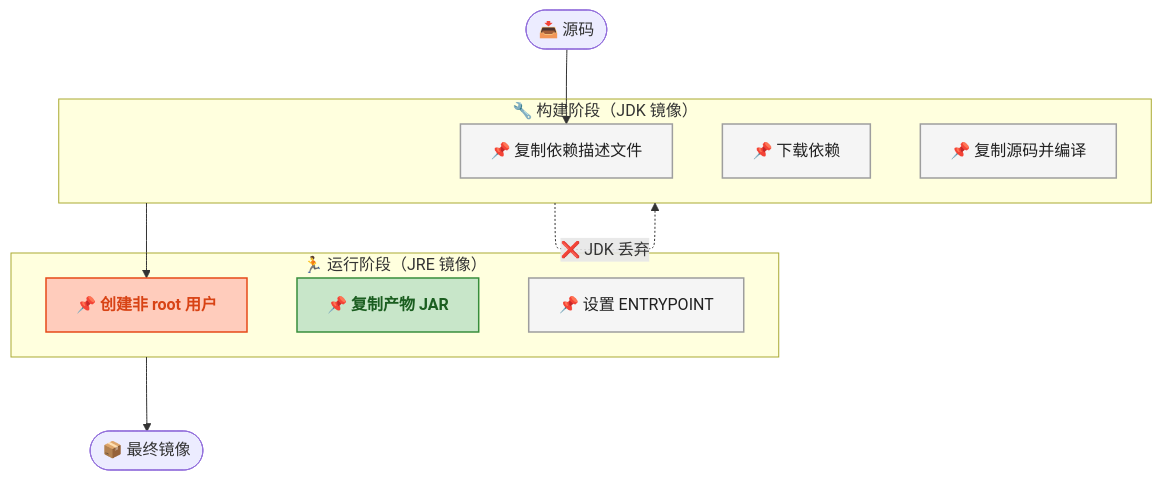
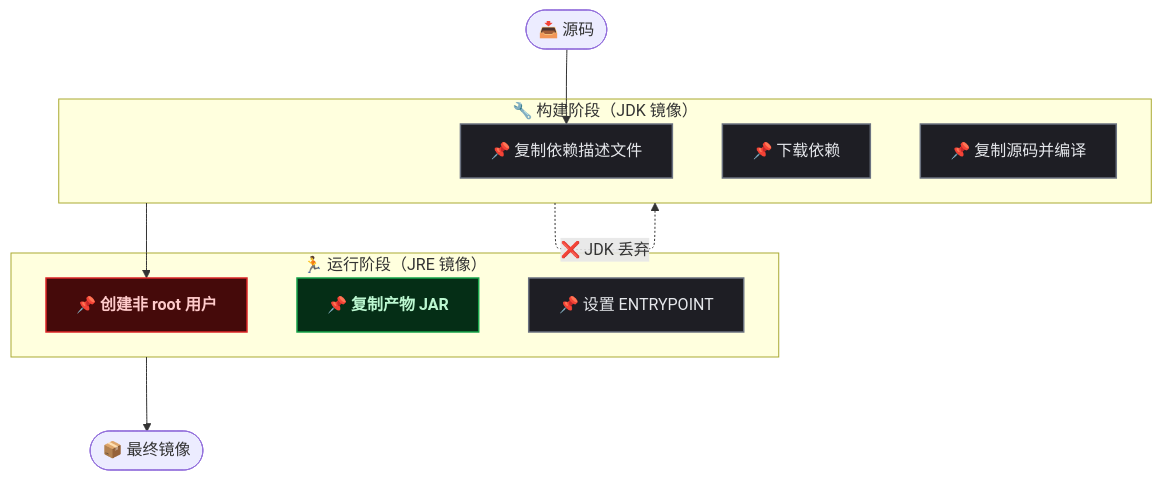
The second of 4 diagrams in content/posts/cicd/DevPlatformMicroserviceCollaboration.md (yaocat55/yaocat55.github.io), drawn with Mermaid before and after one commit. The commit also changed other lines of this file and 155 other files, not shown here.

````diff
--- a/content/posts/cicd/DevPlatformMicroserviceCollaboration.md
+++ b/content/posts/cicd/DevPlatformMicroserviceCollaboration.md
@@ -246,22 +246,22 @@
 ```mermaid
 flowchart TD
     S([📥 源码]) --> L1
     subgraph Builder["🔧 构建阶段（JDK 镜像）"]
         L1[📌 复制依赖描述文件]:::process
         L2[📌 下载依赖]:::process
         L3[📌 复制源码并编译]:::process
     end
     Builder --> L4
     subgraph Runtime["🏃 运行阶段（JRE 镜像）"]
         L4[📌 创建非 root 用户]:::highlight
         L5[📌 复制产物 JAR]:::data
         L6[📌 设置 ENTRYPOINT]:::process
     end
     Runtime --> E([📦 最终镜像])
     Builder -.->|❌ JDK 丢弃| Builder
 
-    classDef startEnd fill:#F48FB1,stroke:#C2185B,stroke-width:2px,color:#212121,font-weight:bold
-    classDef process fill:#F5F5F5,stroke:#9E9E9E,stroke-width:1.5px,color:#212121
-    classDef highlight fill:#FFCCBC,stroke:#E64A19,stroke-width:1.5px,color:#D84315,font-weight:bold
-    classDef data fill:#C8E6C9,stroke:#388E3C,stroke-width:1.5px,color:#1B5E20,font-weight:bold
+classDef startEnd fill:#701a4c,stroke:#e11d48,stroke-width:2px,color:#fce7f3,font-weight:bold;
+classDef process fill:#1e1e24,stroke:#6b7280,stroke-width:1.5px,color:#e5e7eb;
+classDef highlight fill:#450a0a,stroke:#dc2626,stroke-width:1.5px,color:#fecaca,font-weight:bold;
+classDef data fill:#052e16,stroke:#16a34a,stroke-width:1.5px,color:#bbf7d0,font-weight:bold;
 ```
````
